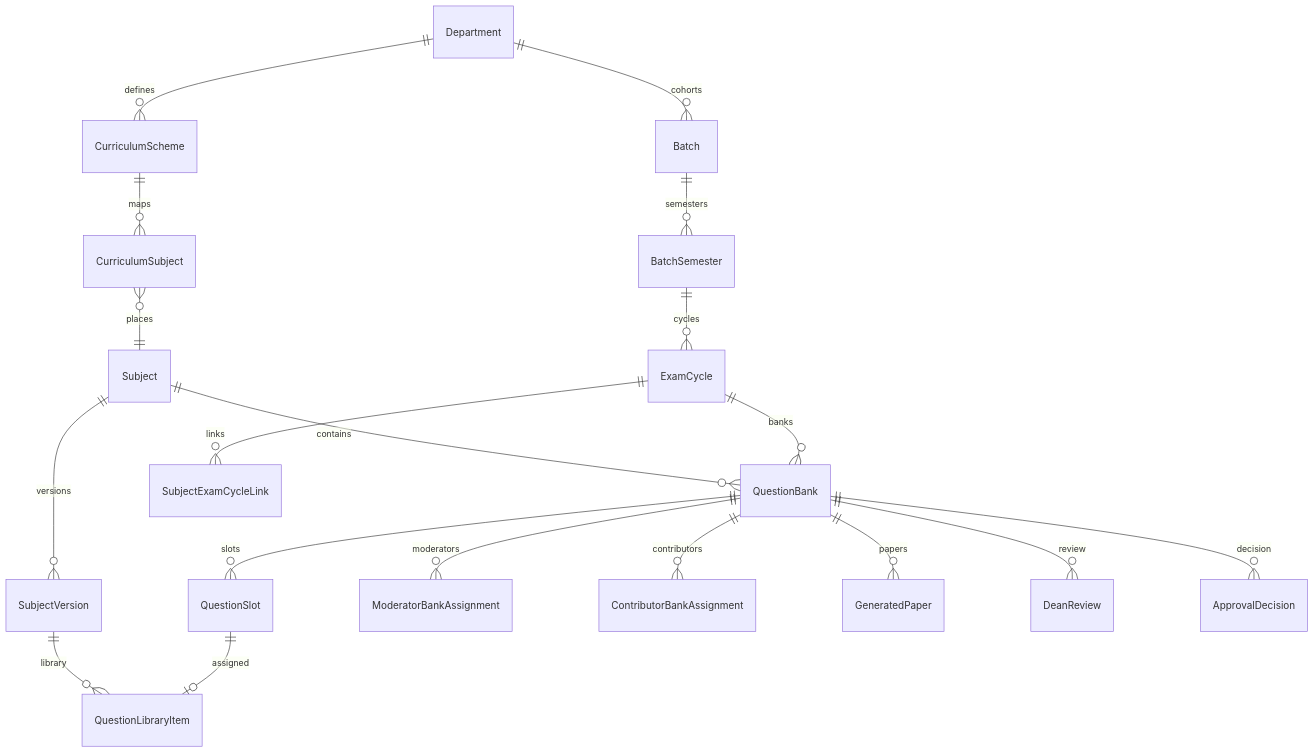
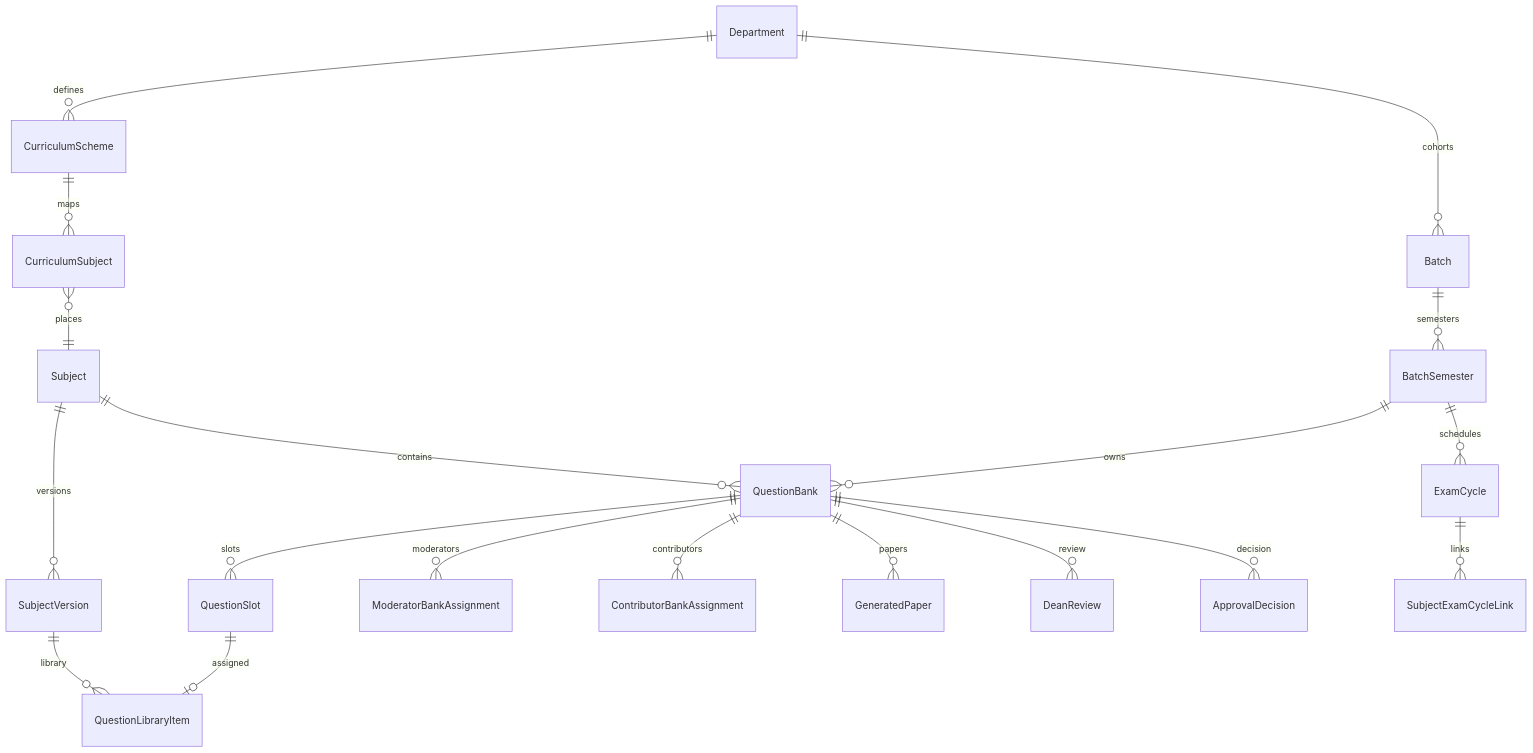
The third of 6 diagrams in README.md (Newer1107/EMQPGS), drawn with Mermaid before and after one commit. The commit also changed other lines of this file and 8 other files, not shown here.

Commit message:
refactor: Update documentation and database schema to reflect changes in QuestionBank ownership and lifecycle

````diff
--- a/README.md
+++ b/README.md
@@ -85,21 +89,21 @@
 ```mermaid
 erDiagram
     Department ||--o{ CurriculumScheme : defines
     CurriculumScheme ||--o{ CurriculumSubject : maps
     CurriculumSubject }o--|| Subject : places
     Subject ||--o{ QuestionBank : contains
     Subject ||--o{ SubjectVersion : versions
     SubjectVersion ||--o{ QuestionLibraryItem : library
     QuestionBank ||--o{ QuestionSlot : slots
     QuestionSlot ||--o| QuestionLibraryItem : assigned
     QuestionBank ||--o{ ModeratorBankAssignment : moderators
     QuestionBank ||--o{ ContributorBankAssignment : contributors
     QuestionBank ||--o{ GeneratedPaper : papers
     QuestionBank ||--o{ DeanReview : review
     QuestionBank ||--o{ ApprovalDecision : decision
     Department ||--o{ Batch : cohorts
     Batch ||--o{ BatchSemester : semesters
-    BatchSemester ||--o{ ExamCycle : cycles
+    BatchSemester ||--o{ QuestionBank : owns
+    BatchSemester ||--o{ ExamCycle : schedules
     ExamCycle ||--o{ SubjectExamCycleLink : links
-    ExamCycle ||--o{ QuestionBank : banks
 ```
````
